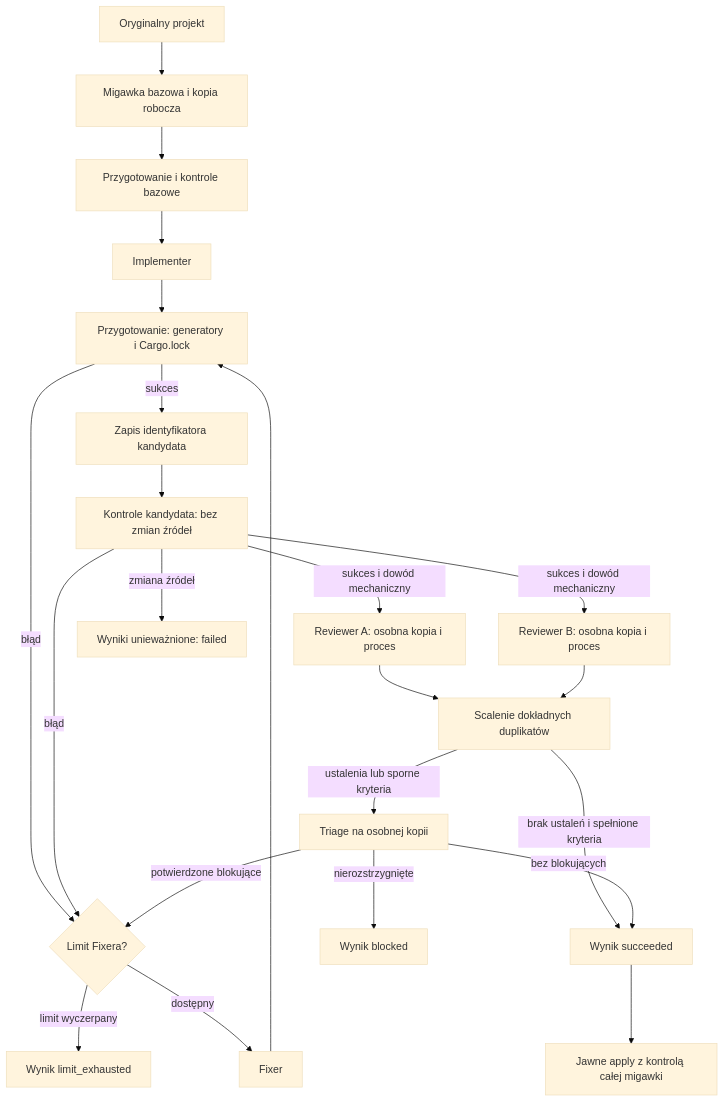
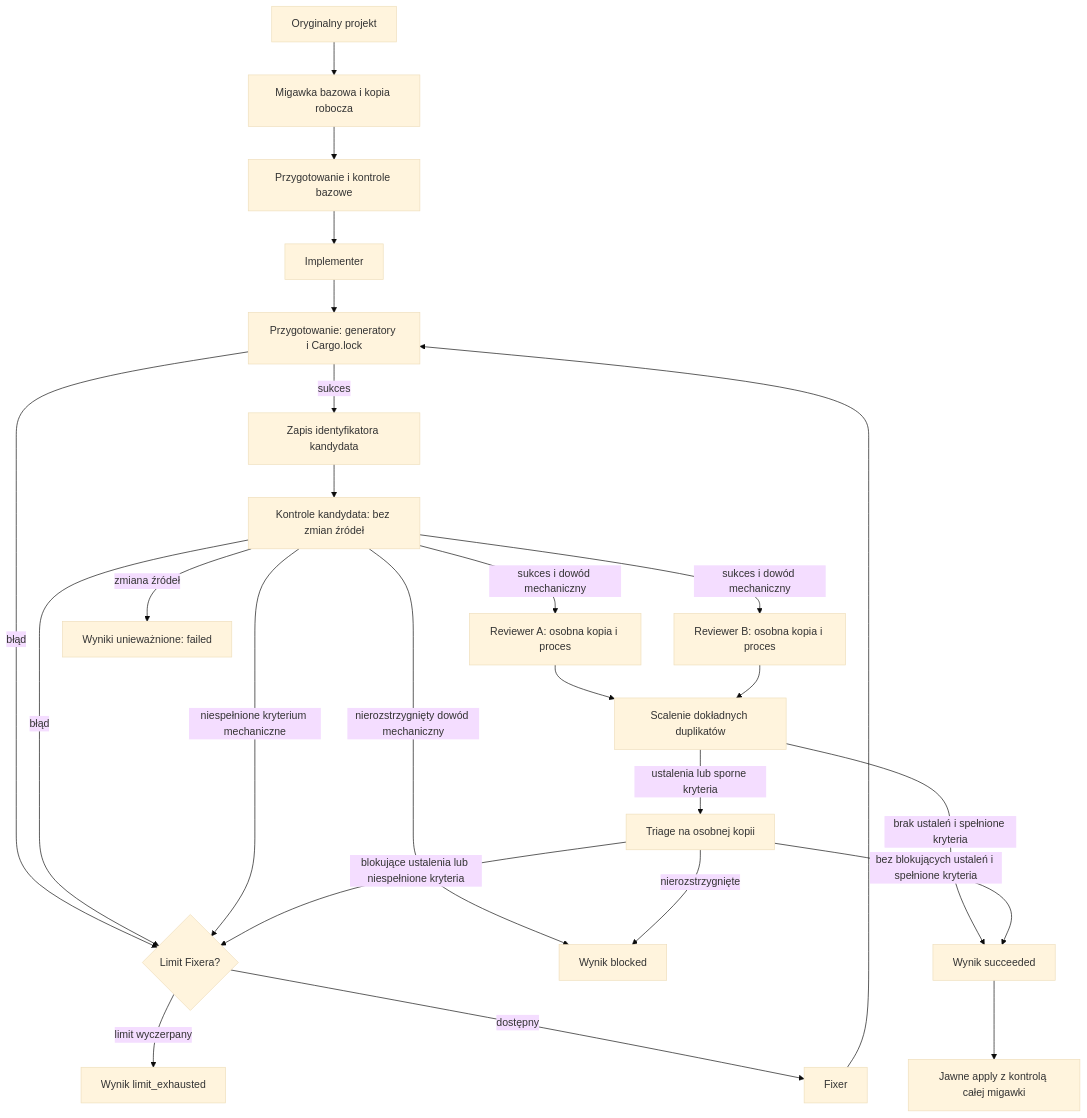
One commit to rtmachines/bb-rust-workflow changed the diagram in docs/architecture.md. Above: the diagram before and after it, drawn with Mermaid (base theme). The commit also changed 1 other file, not shown here.

Commit message:
docs: clarify acceptance triage and mechanical branches

````diff
--- a/docs/architecture.md
+++ b/docs/architecture.md
@@ -7,25 +7,27 @@
 ```mermaid
 flowchart TD
     A[Oryginalny projekt] --> B[Migawka bazowa i kopia robocza]
     B --> C[Przygotowanie i kontrole bazowe]
     C --> D[Implementer]
     D --> Q[Przygotowanie: generatory i Cargo.lock]
     Q -->|sukces| G[Zapis identyfikatora kandydata]
     Q -->|błąd| F
     G --> E[Kontrole kandydata: bez zmian źródeł]
     E -->|błąd| F{Limit Fixera?}
     E -->|sukces i dowód mechaniczny| H[Reviewer A: osobna kopia i proces]
     E -->|sukces i dowód mechaniczny| I[Reviewer B: osobna kopia i proces]
+    E -->|niespełnione kryterium mechaniczne| F
+    E -->|nierozstrzygnięty dowód mechaniczny| M
     E -->|zmiana źródeł| R[Wyniki unieważnione: failed]
     H --> J[Scalenie dokładnych duplikatów]
     I --> J
     J -->|ustalenia lub sporne kryteria| K[Triage na osobnej kopii]
     J -->|brak ustaleń i spełnione kryteria| L[Wynik succeeded]
     K -->|nierozstrzygnięte| M[Wynik blocked]
-    K -->|potwierdzone blokujące| F
-    K -->|bez blokujących| L
+    K -->|blokujące ustalenia lub niespełnione kryteria| F
+    K -->|bez blokujących ustaleń i spełnione kryteria| L
     F -->|limit wyczerpany| N[Wynik limit_exhausted]
     F -->|dostępny| O[Fixer]
     O --> Q
     L --> P[Jawne apply z kontrolą całej migawki]
 ```
````
